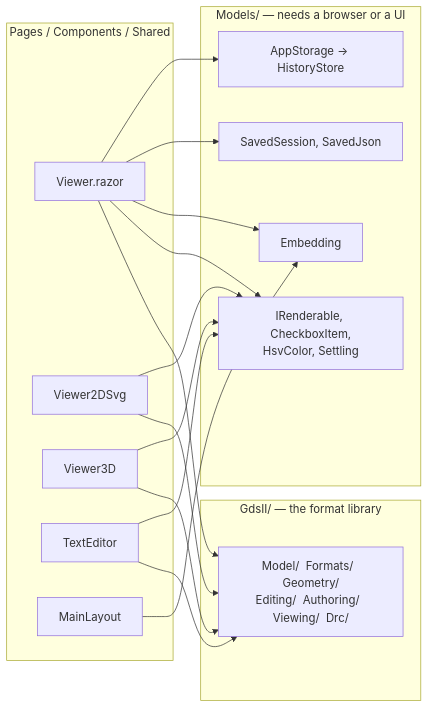
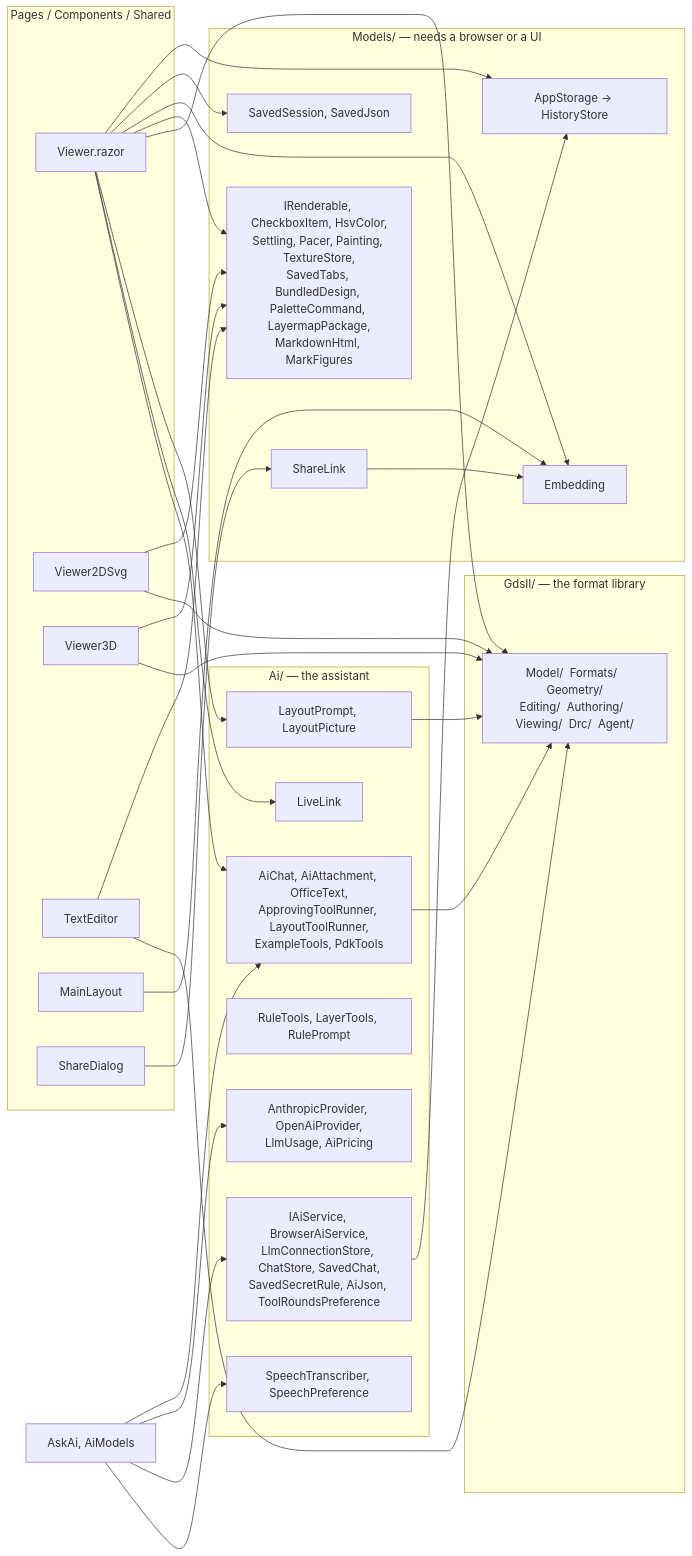
One commit to EECSB/GDSViewer changed the third of 4 diagrams in docs/ARCHITECTURE.md. Above: the diagram before and after it, drawn with Mermaid. The commit also changed other lines of this file and 750 other files, not shown here.

````diff
--- a/docs/ARCHITECTURE.md
+++ b/docs/ARCHITECTURE.md
@@ -52,34 +81,58 @@
 ```mermaid
 flowchart LR
     subgraph UI["Pages / Components / Shared"]
         Shell["Viewer.razor"]
         Two["Viewer2DSvg"]
         Three["Viewer3D"]
         Text["TextEditor"]
         Main["MainLayout"]
+        ShareD["ShareDialog"]
     end
 
     subgraph Models["Models/ — needs a browser or a UI"]
         Storage["AppStorage → HistoryStore"]
         Session["SavedSession, SavedJson"]
         Emb["Embedding"]
-        Other["IRenderable, CheckboxItem,<br>HsvColor, Settling"]
+        ShareL["ShareLink"]
+        Other["IRenderable, CheckboxItem, HsvColor,<br>Settling, Pacer, Painting, TextureStore,<br>SavedTabs, BundledDesign, PaletteCommand, LayermapPackage,<br>MarkdownHtml, MarkFigures"]
+    end
+
+    subgraph Ai["Ai/ — the assistant"]
+        Providers["AnthropicProvider, OpenAiProvider,<br>LlmUsage, AiPricing"]
+        Chat["AiChat, AiAttachment, OfficeText,<br>ApprovingToolRunner, LayoutToolRunner,<br>ExampleTools, PdkTools"]
+        Told["LayoutPrompt, LayoutPicture"]
+        RuleP["RuleTools, LayerTools, RulePrompt"]
+        Heard["SpeechTranscriber, SpeechPreference"]
+        Kept["IAiService, BrowserAiService,<br>LlmConnectionStore, ChatStore, SavedChat,<br>SavedSecretRule, AiJson, ToolRoundsPreference"]
+        LiveL["LiveLink"]
     end
 
     subgraph Lib["GdsII/ — the format library"]
-        Core["Model/  Formats/  Geometry/<br>Editing/  Authoring/  Viewing/  Drc/"]
+        Core["Model/  Formats/  Geometry/<br>Editing/  Authoring/  Viewing/  Drc/  Agent/"]
     end
 
     Shell --> Storage
     Shell --> Session
     Shell --> Emb
     Main --> Emb
+    ShareD --> ShareL
+    ShareL --> Emb
     Shell --> Other
     Two --> Other
     Three --> Other
     Text --> Other
     Shell --> Core
     Two --> Core
     Three --> Core
     Text --> Core
+    AskD["AskAi, AiModels"] --> Chat
+    AskD --> Providers
+    AskD --> Kept
+    AskD --> Heard
+    Shell --> Told
+    Shell --> LiveL
+    Shell --> Chat
+    Kept --> Storage
+    Chat --> Core
+    Told --> Core
 ```
````
